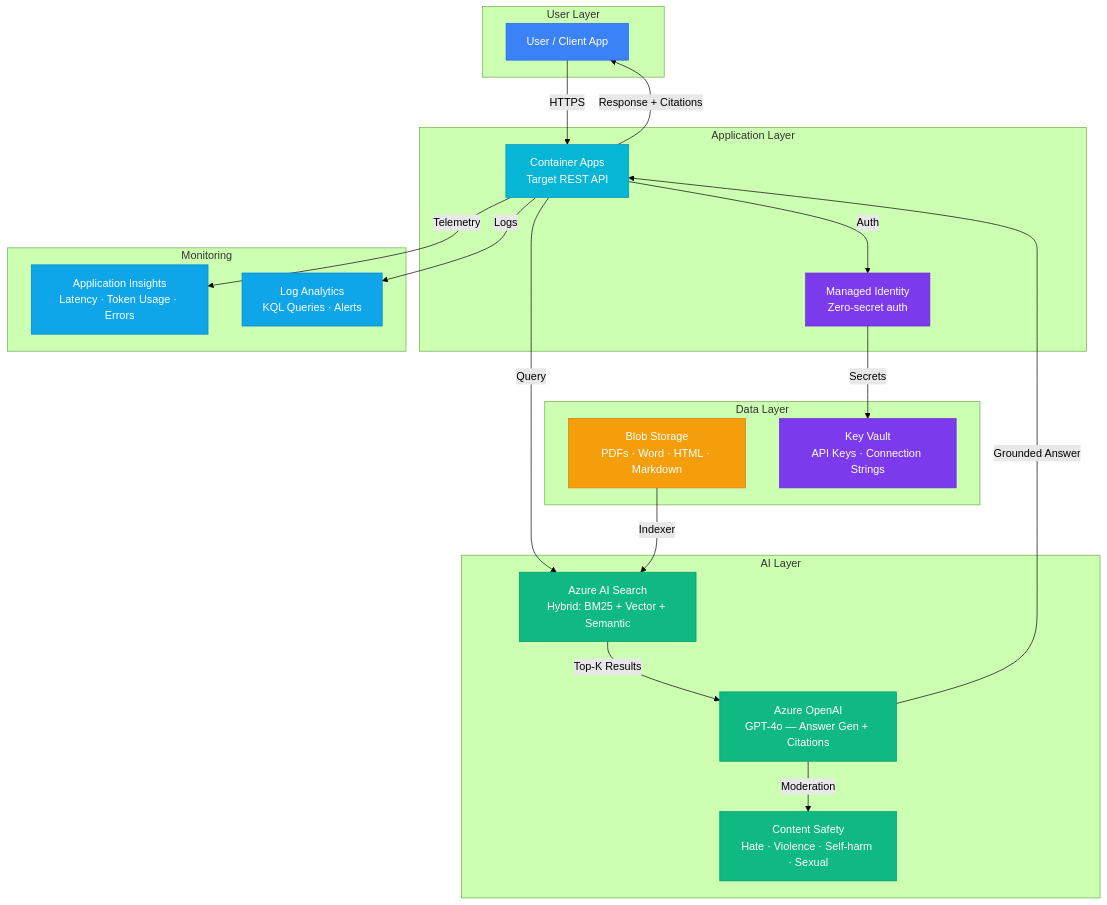
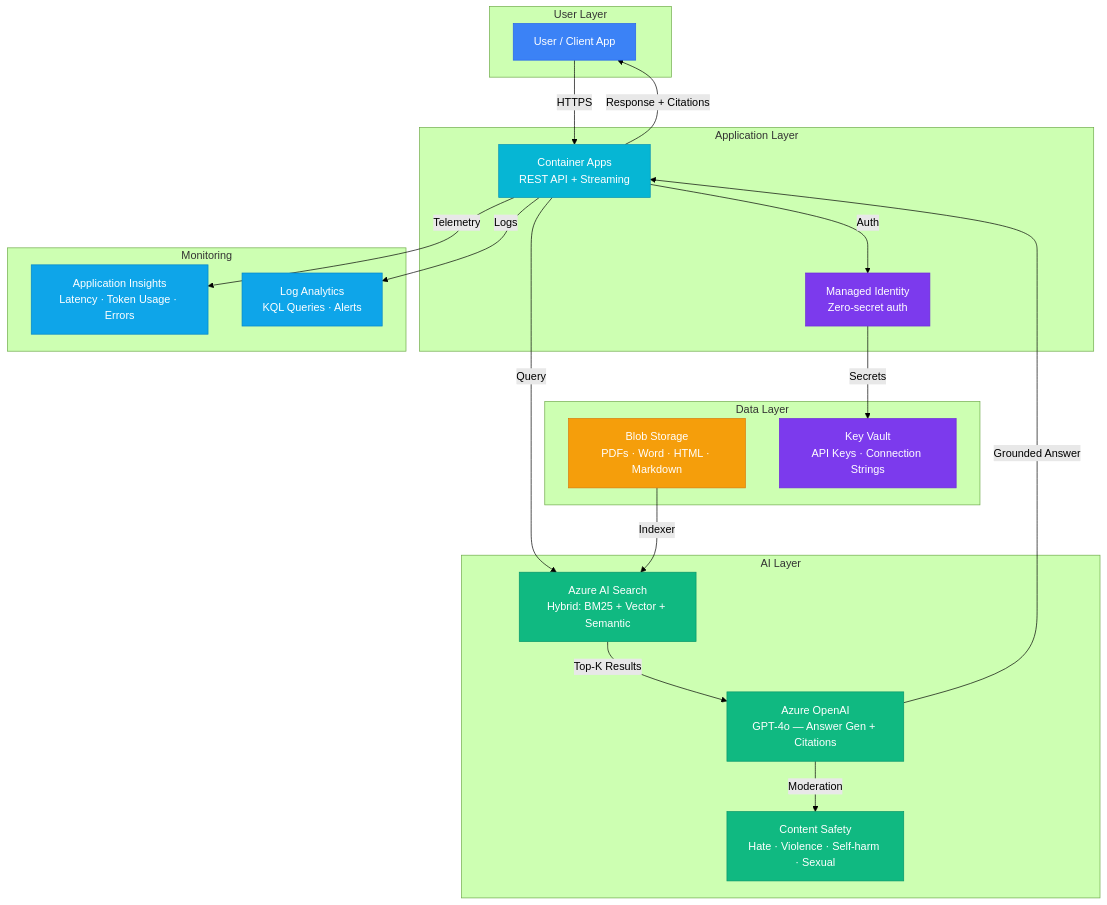
The diagram in solution-plays/01-enterprise-rag/README.md (frootai/frootai), drawn with Mermaid (forest theme) before and after one commit. The commit also changed other lines of this file and 108 other files, not shown here.

````diff
--- a/solution-plays/01-enterprise-rag/README.md
+++ b/solution-plays/01-enterprise-rag/README.md
@@ -22,50 +22,50 @@
 ```mermaid
 graph TB
     subgraph User Layer
         User[User / Client App]
     end
 
     subgraph Application Layer
-        API[Container Apps<br/>Target REST API]
+        API[Container Apps<br/>REST API + Streaming]
         Auth[Managed Identity<br/>Zero-secret auth]
     end
 
     subgraph AI Layer
         Search[Azure AI Search<br/>Hybrid: BM25 + Vector + Semantic]
         OpenAI[Azure OpenAI<br/>GPT-4o — Answer Gen + Citations]
         Safety[Content Safety<br/>Hate · Violence · Self-harm · Sexual]
     end
 
     subgraph Data Layer
         Blob[Blob Storage<br/>PDFs · Word · HTML · Markdown]
         KV[Key Vault<br/>API Keys · Connection Strings]
     end
 
     subgraph Monitoring
         AppInsights[Application Insights<br/>Latency · Token Usage · Errors]
         LogAnalytics[Log Analytics<br/>KQL Queries · Alerts]
     end
 
     User -->|HTTPS| API
     API -->|Query| Search
     Search -->|Top-K Results| OpenAI
     OpenAI -->|Grounded Answer| API
     API -->|Response + Citations| User
     API -->|Auth| Auth
     Auth -->|Secrets| KV
     Blob -->|Indexer| Search
     OpenAI -->|Moderation| Safety
     API -->|Telemetry| AppInsights
     API -->|Logs| LogAnalytics
 
     style User fill:#3b82f6,color:#fff,stroke:#2563eb
     style API fill:#06b6d4,color:#fff,stroke:#0891b2
     style Search fill:#10b981,color:#fff,stroke:#059669
     style OpenAI fill:#10b981,color:#fff,stroke:#059669
     style Safety fill:#10b981,color:#fff,stroke:#059669
     style Blob fill:#f59e0b,color:#fff,stroke:#d97706
     style KV fill:#7c3aed,color:#fff,stroke:#6d28d9
     style Auth fill:#7c3aed,color:#fff,stroke:#6d28d9
     style AppInsights fill:#0ea5e9,color:#fff,stroke:#0284c7
     style LogAnalytics fill:#0ea5e9,color:#fff,stroke:#0284c7
 ```
````
